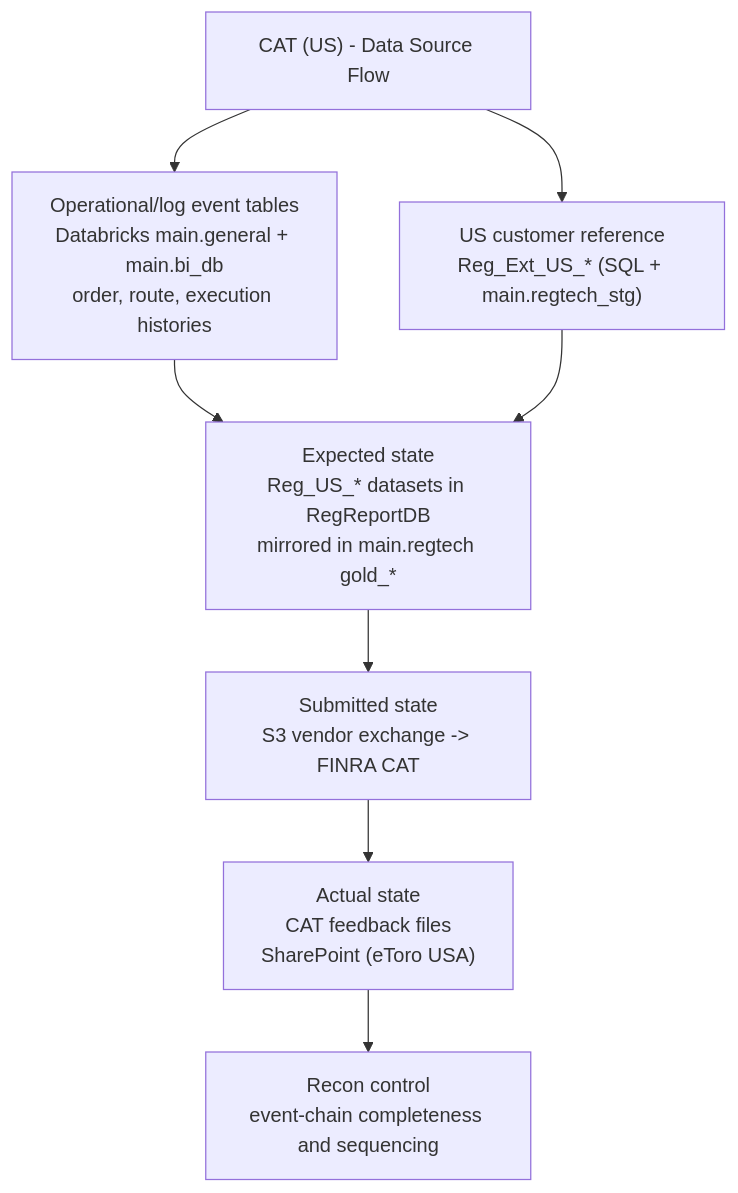
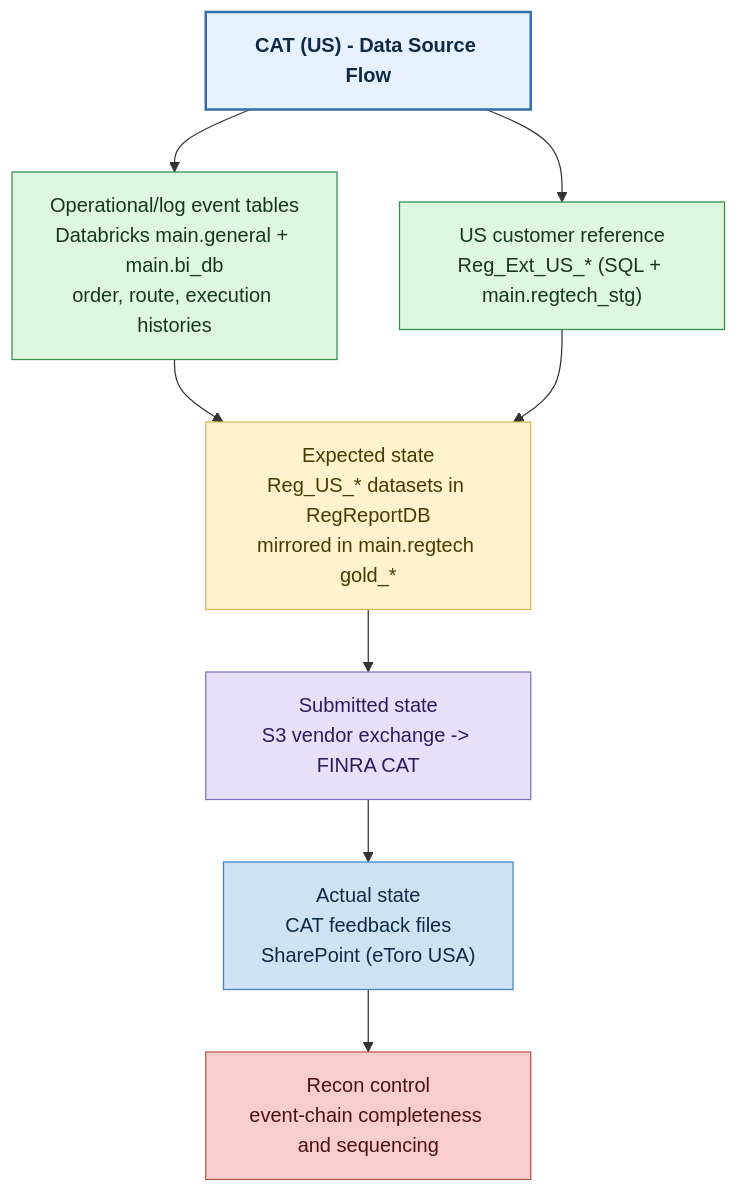
One commit to valentinosko-hub/RegTech changed the diagram in docs/reporting-model-cat-data-sources.mmd. Above: the diagram before and after it, drawn with Mermaid. The commit also changed 15 other files, not shown here.

Commit message:
Style per-model diagrams with title and state colors

```diff
--- a/docs/reporting-model-cat-data-sources.mmd
+++ b/docs/reporting-model-cat-data-sources.mmd
@@ -1,14 +1,28 @@
 flowchart TB
   T["CAT (US) - Data Source Flow"]
   S1["Operational/log event tables<br/>Databricks main.general + main.bi_db<br/>order, route, execution histories"]
   S2["US customer reference<br/>Reg_Ext_US_* (SQL + main.regtech_stg)"]
   E["Expected state<br/>Reg_US_* datasets in RegReportDB<br/>mirrored in main.regtech gold_*"]
   U["Submitted state<br/>S3 vendor exchange -> FINRA CAT"]
   A["Actual state<br/>CAT feedback files<br/>SharePoint (eToro USA)"]
   R["Recon control<br/>event-chain completeness and sequencing"]
 
   T --> S1
   T --> S2
   S1 --> E
   S2 --> E
   E --> U --> A --> R
+
+  classDef title fill:#e6f0ff,stroke:#2f6fab,stroke-width:2px,color:#0e2a47,font-weight:bold;
+  classDef source fill:#def7df,stroke:#2f8f4f,stroke-width:1px,color:#12391f;
+  classDef expected fill:#fff2cc,stroke:#d6b656,stroke-width:1px,color:#4a3900;
+  classDef submitted fill:#e6e0f8,stroke:#7f70bf,stroke-width:1px,color:#2f1a5f;
+  classDef actual fill:#cfe2f3,stroke:#3d85c6,stroke-width:1px,color:#0e2a47;
+  classDef recon fill:#f8cecc,stroke:#b8544a,stroke-width:1px,color:#4a1212;
+
+  class T title;
+  class S1,S2 source;
+  class E expected;
+  class U submitted;
+  class A actual;
+  class R recon;
```
